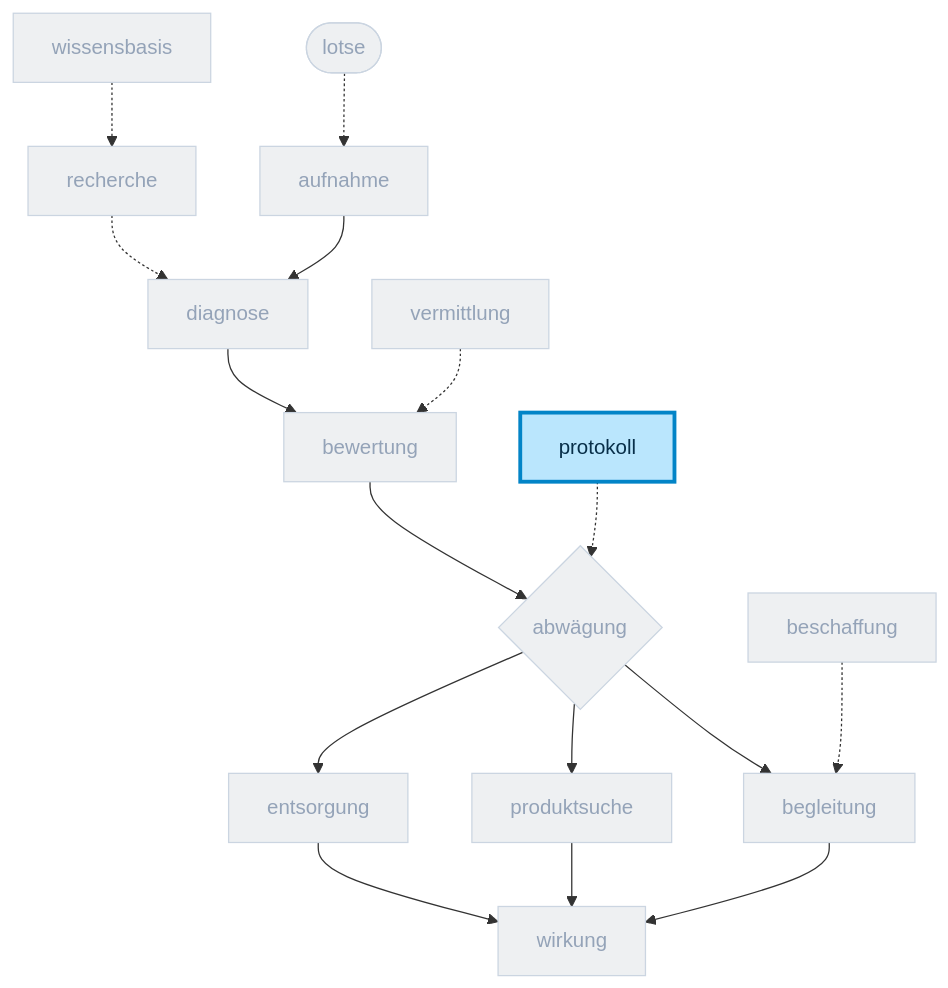
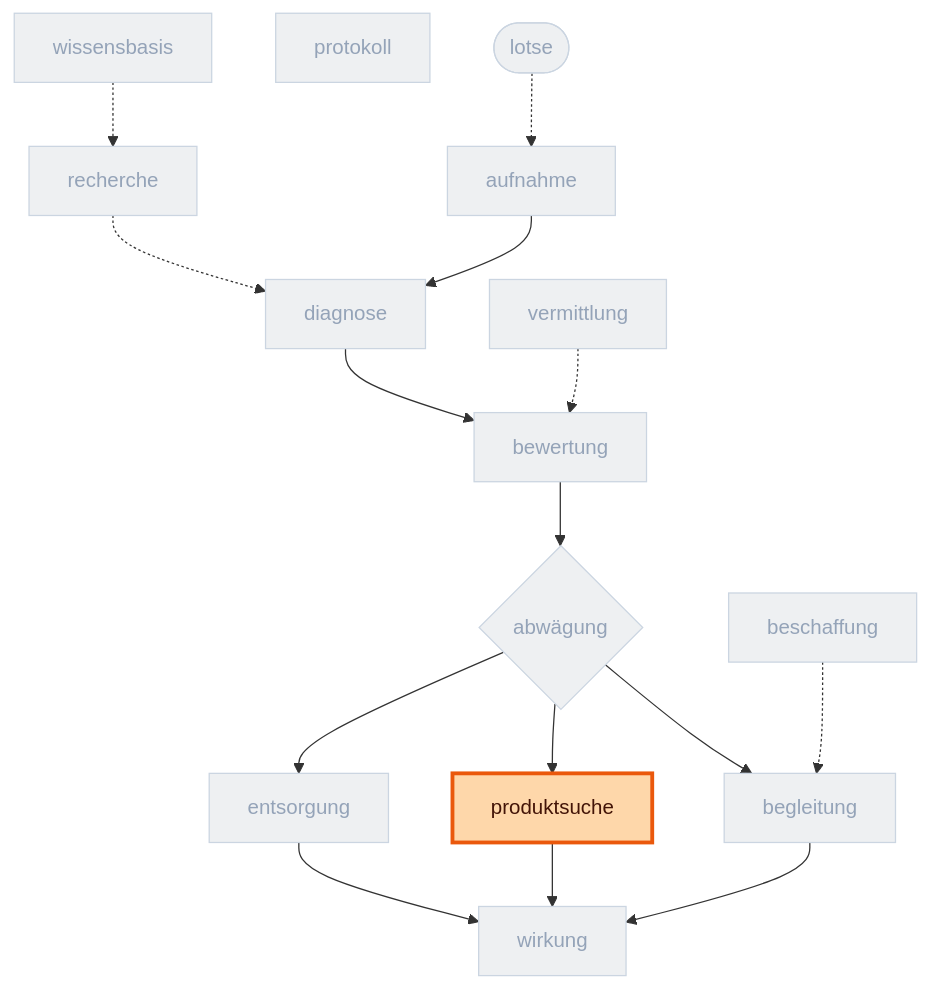
Diagram 14 of 15 in docs/folien/runtime-roles.adoc (DigitaleOberlausitz/hackathon2026_RepairApp), drawn with Mermaid before and after one commit. The commit also changed other lines of this file and 2 other files, not shown here.

First line of the commit message:
docs(folien): Rollen-Folien narrativ (just-in-time) ordnen + schärfere Diagramme

```diff
--- a/docs/folien/runtime-roles.adoc
+++ b/docs/folien/runtime-roles.adoc
@@ -746,31 +765,30 @@
 [mermaid]
 ....
 flowchart TB
   classDef dim fill:#eef0f2,stroke:#cbd5e1,color:#94a3b8
-  classDef active fill:#bae6fd,stroke:#0284c7,stroke-width:3px,color:#082f49
+  classDef active fill:#fed7aa,stroke:#ea580c,stroke-width:3px,color:#431407
   lotse([lotse]):::dim
   aufnahme[aufnahme]:::dim
   diagnose[diagnose]:::dim
   bewertung[bewertung]:::dim
   abwaegung{abwägung}:::dim
   begleitung[begleitung]:::dim
   produktsuche[produktsuche]:::dim
   entsorgung[entsorgung]:::dim
   wirkung[wirkung]:::dim
   recherche[recherche]:::dim
   vermittlung[vermittlung]:::dim
   beschaffung[beschaffung]:::dim
   protokoll[protokoll]:::dim
   wissensbasis[wissensbasis]:::dim
   lotse -.-> aufnahme
   aufnahme --> diagnose --> bewertung --> abwaegung
   abwaegung --> begleitung --> wirkung
   abwaegung --> produktsuche --> wirkung
   abwaegung --> entsorgung --> wirkung
   recherche -.-> diagnose
   vermittlung -.-> bewertung
   beschaffung -.-> begleitung
-  protokoll -.-> abwaegung
   wissensbasis -.-> recherche
-  class protokoll active
+  class produktsuche active
 ....
```
